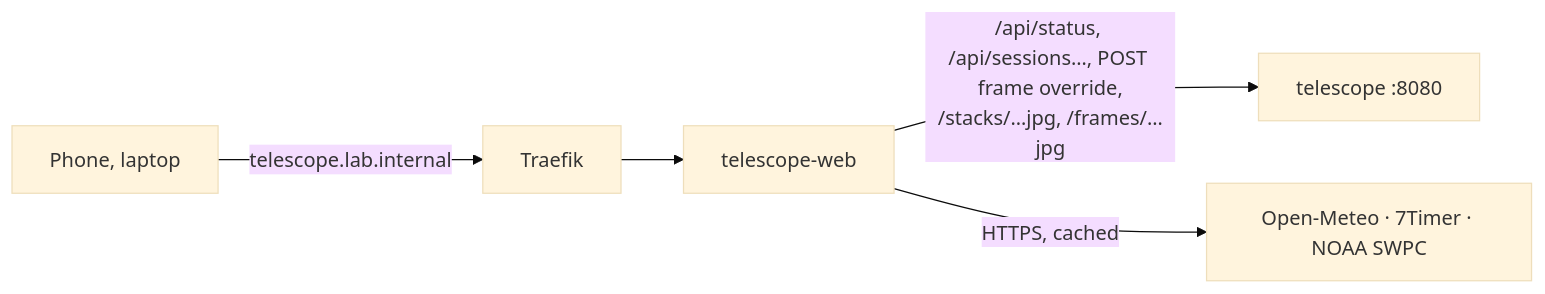
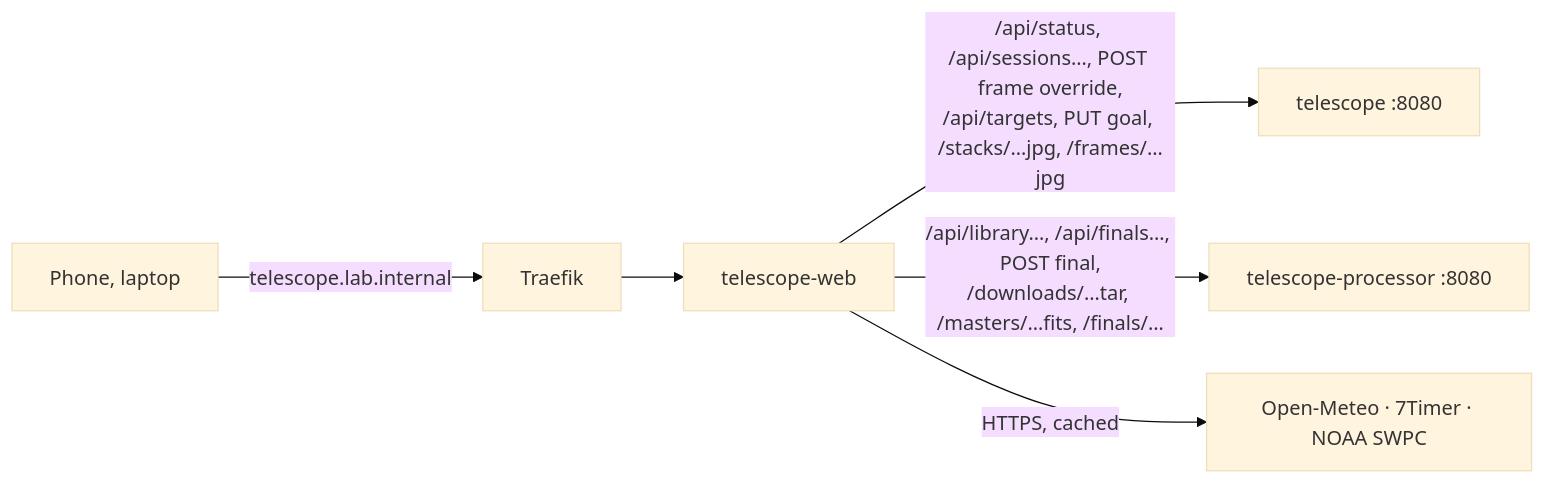
One commit to legendary-jarppi/homelab changed the diagram in apps/telescope/web/README.md. Above: the diagram before and after it, drawn with Mermaid (base theme). The commit also changed other lines of this file and 102 other files, not shown here.

Commit message:
Telescope R2 (notifications, planner, goals) and R3 (calibration library, Siril final stacks, downloads): service, web and new processor

````diff
--- a/apps/telescope/web/README.md
+++ b/apps/telescope/web/README.md
@@ -5,6 +5,7 @@
 ```mermaid
 flowchart LR
   u[Phone, laptop] -- "telescope.lab.internal" --> tr[Traefik] --> w[telescope-web]
-  w -- "/api/status, /api/sessions…, POST frame override,<br/>/stacks/…jpg, /frames/…jpg" --> t[telescope :8080]
+  w -- "/api/status, /api/sessions…, POST frame override,<br/>/api/targets, PUT goal, /stacks/…jpg, /frames/…jpg" --> t[telescope :8080]
+  w -- "/api/library…, /api/finals…, POST final,<br/>/downloads/…tar, /masters/…fits, /finals/…" --> p[telescope-processor :8080]
   w -- "HTTPS, cached" --> x[Open-Meteo · 7Timer · NOAA SWPC]
 ```
````
